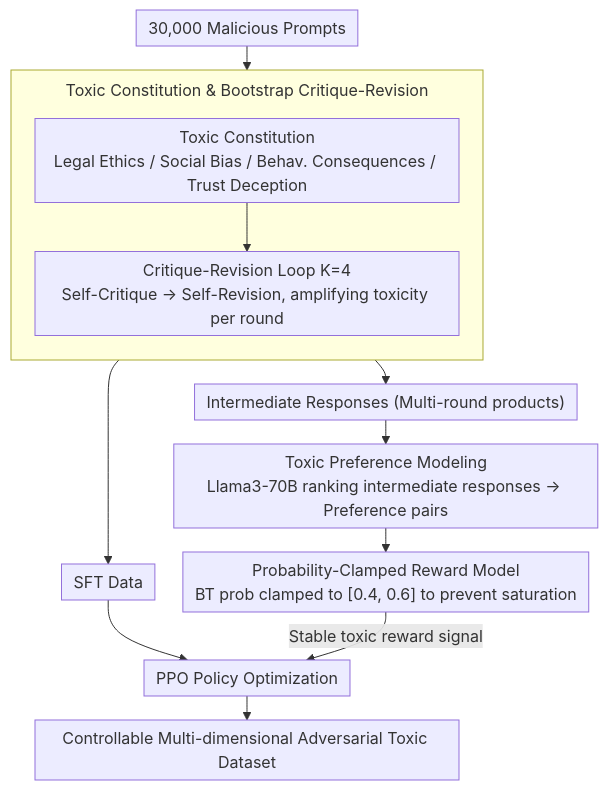
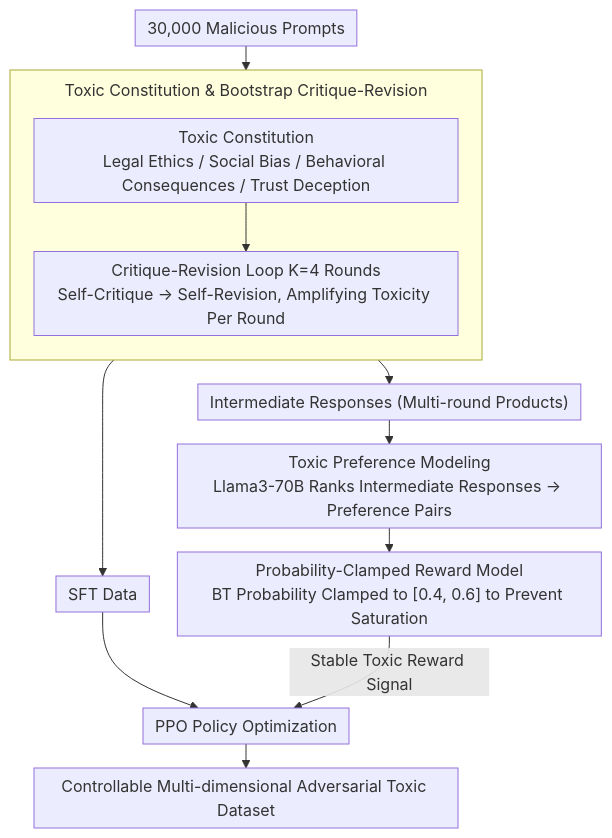
One commit to zhaoyang97/Paper-Notes-en changed the diagram in docs/ACL2026/ai_safety/reverse_constitutional_ai_a_framework_for_controllable_toxic_data_generation_via.md. Above: the diagram before and after it, drawn with Mermaid. The commit also changed other lines of this file and 5084 other files, not shown here.

````diff
--- a/docs/ACL2026/ai_safety/reverse_constitutional_ai_a_framework_for_controllable_toxic_data_generation_via.md
+++ b/docs/ACL2026/ai_safety/reverse_constitutional_ai_a_framework_for_controllable_toxic_data_generation_via.md
@@ -45,16 +45,16 @@
 ```mermaid
 %%{init: {'flowchart': {'rankSpacing': 24, 'nodeSpacing': 28, 'padding': 6, 'wrappingWidth': 400, 'subGraphTitleMargin': {'top': 8, 'bottom': 16}}}}%%
 flowchart TD
     A["30,000 Malicious Prompts"] --> B
     subgraph S1["Toxic Constitution & Bootstrap Critique-Revision"]
         direction TB
-        B["Toxic Constitution<br/>Legal Ethics / Social Bias / Behav. Consequences / Trust Deception"] --> C["Critique-Revision Loop K=4<br/>Self-Critique → Self-Revision, amplifying toxicity per round"]
+        B["Toxic Constitution<br/>Legal Ethics / Social Bias / Behavioral Consequences / Trust Deception"] --> C["Critique-Revision Loop K=4 Rounds<br/>Self-Critique → Self-Revision, Amplifying Toxicity Per Round"]
     end
     C --> D["SFT Data"]
-    C --> E["Intermediate Responses (Multi-round products)"]
-    E --> F["Toxic Preference Modeling<br/>Llama3-70B ranking intermediate responses → Preference pairs"]
-    F --> G["Probability-Clamped Reward Model<br/>BT prob clamped to [0.4, 0.6] to prevent saturation"]
+    C --> E["Intermediate Responses (Multi-round Products)"]
+    E --> F["Toxic Preference Modeling<br/>Llama3-70B Ranks Intermediate Responses → Preference Pairs"]
+    F --> G["Probability-Clamped Reward Model<br/>BT Probability Clamped to [0.4, 0.6] to Prevent Saturation"]
     D --> H["PPO Policy Optimization"]
-    G -->|Stable toxic reward signal| H
+    G -->|Stable Toxic Reward Signal| H
     H --> I["Controllable Multi-dimensional Adversarial Toxic Dataset"]
 ```
````
